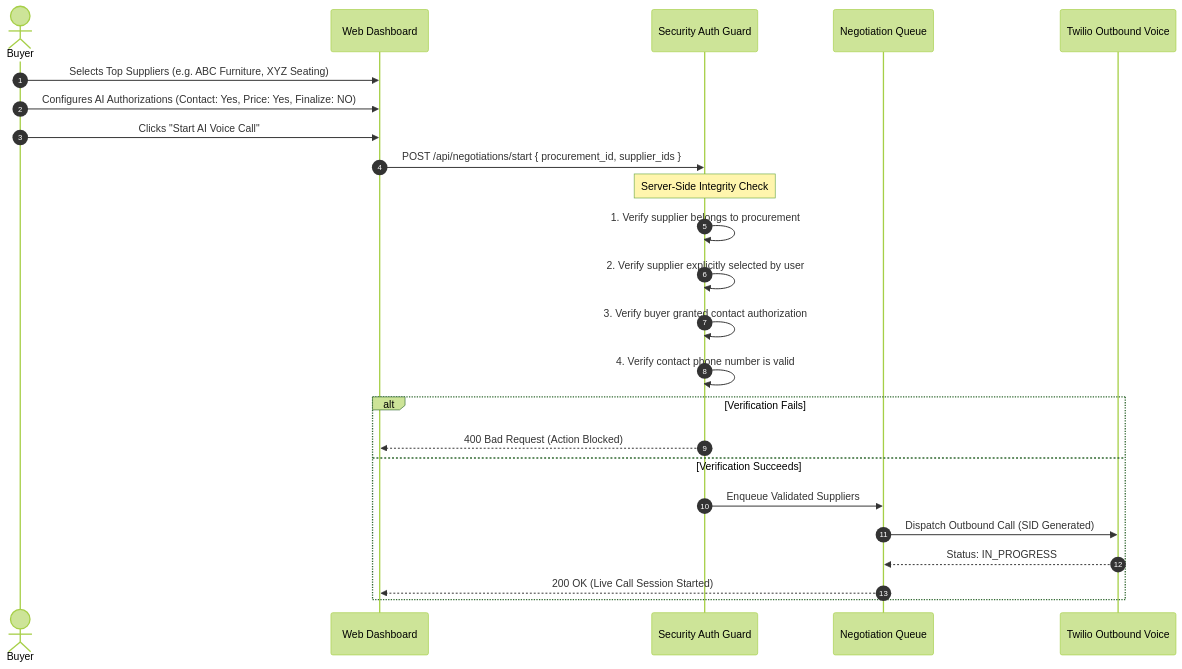
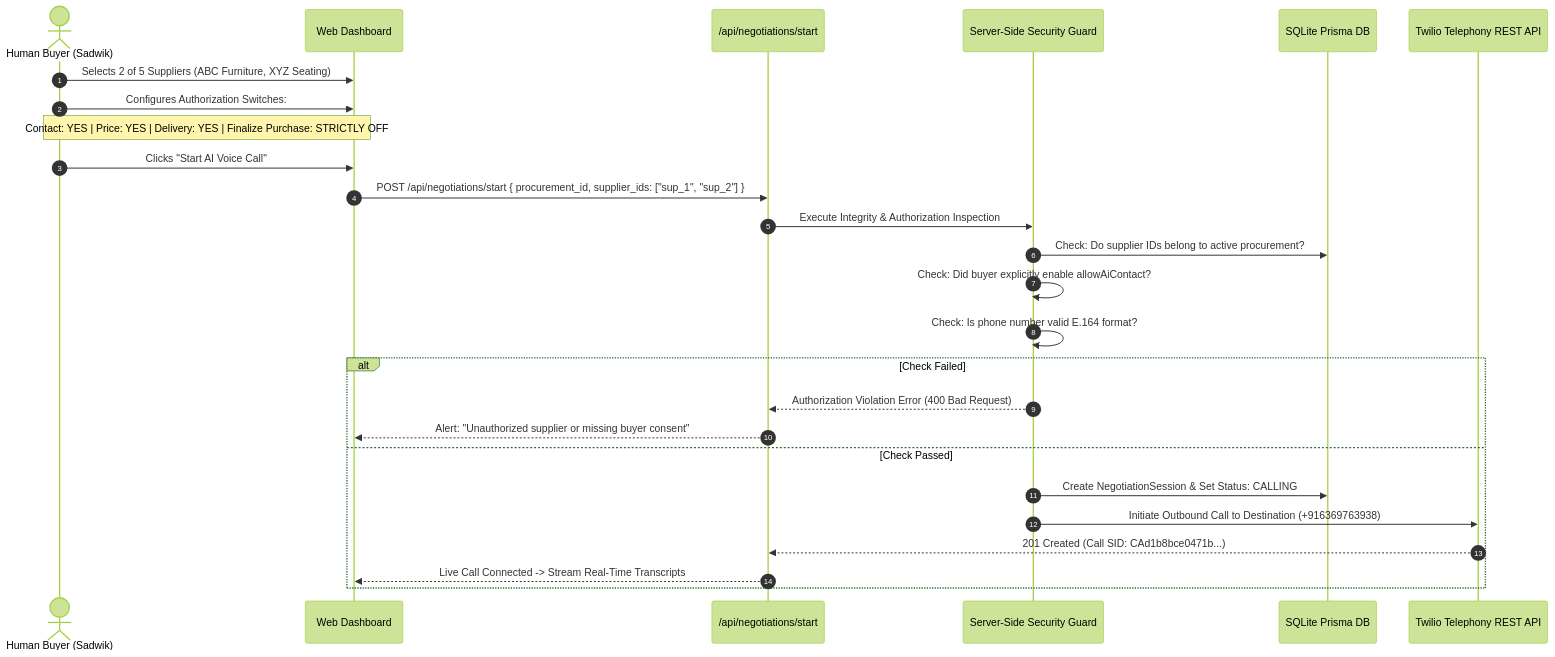
One commit to DKK-CUBER/procua changed the fourth of 7 diagrams in README.md. Above: the diagram before and after it, drawn with Mermaid (forest theme). The commit also changed other lines of this file, not shown here.

Commit message:
docs: complete enterprise-grade 1500+ word README with detailed system architectures, Mermaid diagrams, state machines, sequence flows, and API specifications

````diff
--- a/README.md
+++ b/README.md
@@ -103,27 +191,29 @@
 ```mermaid
 sequenceDiagram
     autonumber
-    actor Buyer
-    participant Frontend as Web Dashboard
-    participant Backend as Security Auth Guard
-    participant Queue as Negotiation Queue
-    participant Twilio as Twilio Outbound Voice
+    actor Buyer as Human Buyer (Sadwik)
+    participant UI as Web Dashboard
+    participant API as /api/negotiations/start
+    participant Security as Server-Side Security Guard
+    participant DB as SQLite Prisma DB
+    participant Telephony as Twilio Telephony REST API
 
-    Buyer->>Frontend: Selects Top Suppliers (e.g. ABC Furniture, XYZ Seating)
-    Buyer->>Frontend: Configures AI Authorizations (Contact: Yes, Price: Yes, Finalize: NO)
-    Buyer->>Frontend: Clicks "Start AI Voice Call"
-    Frontend->>Backend: POST /api/negotiations/start { procurement_id, supplier_ids }
-    Note over Backend: Server-Side Integrity Check
-    Backend->>Backend: 1. Verify supplier belongs to procurement
-    Backend->>Backend: 2. Verify supplier explicitly selected by user
-    Backend->>Backend: 3. Verify buyer granted contact authorization
-    Backend->>Backend: 4. Verify contact phone number is valid
-    alt Verification Fails
-        Backend-->>Frontend: 400 Bad Request (Action Blocked)
-    else Verification Succeeds
-        Backend->>Queue: Enqueue Validated Suppliers
-        Queue->>Twilio: Dispatch Outbound Call (SID Generated)
-        Twilio-->>Queue: Status: IN_PROGRESS
-        Queue-->>Frontend: 200 OK (Live Call Session Started)
+    Buyer->>UI: Selects 2 of 5 Suppliers (ABC Furniture, XYZ Seating)
+    Buyer->>UI: Configures Authorization Switches:
+    Note over Buyer,UI: Contact: YES | Price: YES | Delivery: YES | Finalize Purchase: STRICTLY OFF
+    Buyer->>UI: Clicks "Start AI Voice Call"
+    UI->>API: POST /api/negotiations/start { procurement_id, supplier_ids: ["sup_1", "sup_2"] }
+    API->>Security: Execute Integrity & Authorization Inspection
+    Security->>DB: Check: Do supplier IDs belong to active procurement?
+    Security->>Security: Check: Did buyer explicitly enable allowAiContact?
+    Security->>Security: Check: Is phone number valid E.164 format?
+    alt Check Failed
+        Security-->>API: Authorization Violation Error (400 Bad Request)
+        API-->>UI: Alert: "Unauthorized supplier or missing buyer consent"
+    else Check Passed
+        Security->>DB: Create NegotiationSession & Set Status: CALLING
+        Security->>Telephony: Initiate Outbound Call to Destination (+916369763938)
+        Telephony-->>API: 201 Created (Call SID: CAd1b8bce0471b...)
+        API-->>UI: Live Call Connected -> Stream Real-Time Transcripts
     end
 ```
````
